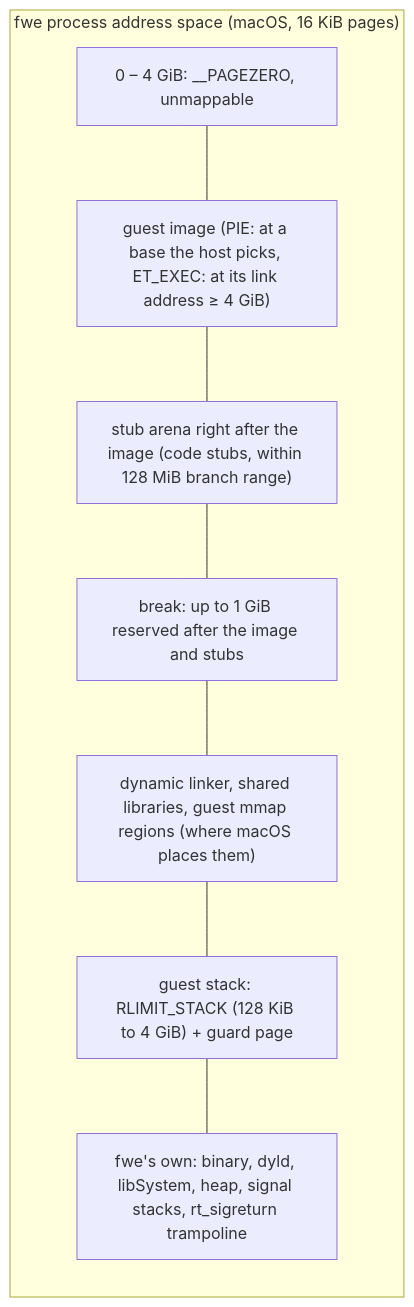
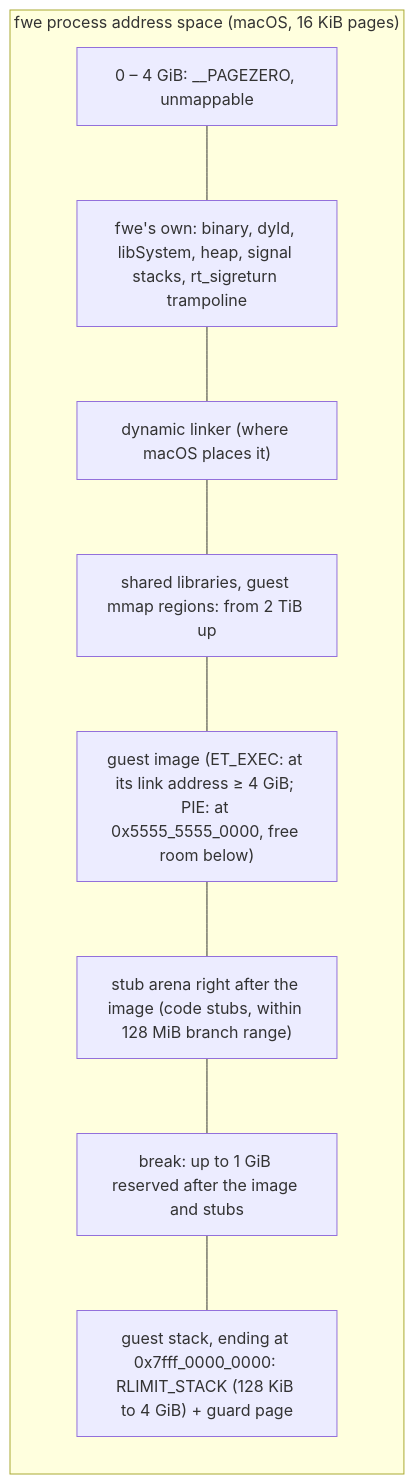
The fourth of 11 diagrams in docs/linux-on-macos.md (e6qu/fun-with-emulators), drawn with Mermaid before and after one commit. The commit also changed other lines of this file and 134 other files, not shown here.

````diff
--- a/docs/linux-on-macos.md
+++ b/docs/linux-on-macos.md
@@ -1620,14 +1605,15 @@
 ```mermaid
 flowchart TB
     subgraph host["fwe process address space (macOS, 16 KiB pages)"]
         direction TB
         pz["0 – 4 GiB: __PAGEZERO, unmappable"]
-        img["guest image (PIE: at a base the host picks, ET_EXEC: at its link address ≥ 4 GiB)"]
+        fwe["fwe's own: binary, dyld, libSystem, heap, signal stacks, rt_sigreturn trampoline"]
+        ld["dynamic linker (where macOS places it)"]
+        mm["shared libraries, guest mmap regions: from 2 TiB up"]
+        img["guest image (ET_EXEC: at its link address ≥ 4 GiB; PIE: at 0x5555_5555_0000, free room below)"]
         stubs["stub arena right after the image (code stubs, within 128 MiB branch range)"]
         brk["break: up to 1 GiB reserved after the image and stubs"]
-        ld["dynamic linker, shared libraries, guest mmap regions (where macOS places them)"]
-        stack["guest stack: RLIMIT_STACK (128 KiB to 4 GiB) + guard page"]
-        fwe["fwe's own: binary, dyld, libSystem, heap, signal stacks, rt_sigreturn trampoline"]
+        stack["guest stack, ending at 0x7fff_0000_0000: RLIMIT_STACK (128 KiB to 4 GiB) + guard page"]
     end
-    pz --- img --- stubs --- brk --- ld --- stack --- fwe
+    pz --- fwe --- ld --- mm --- img --- stubs --- brk --- stack
 ```
````
